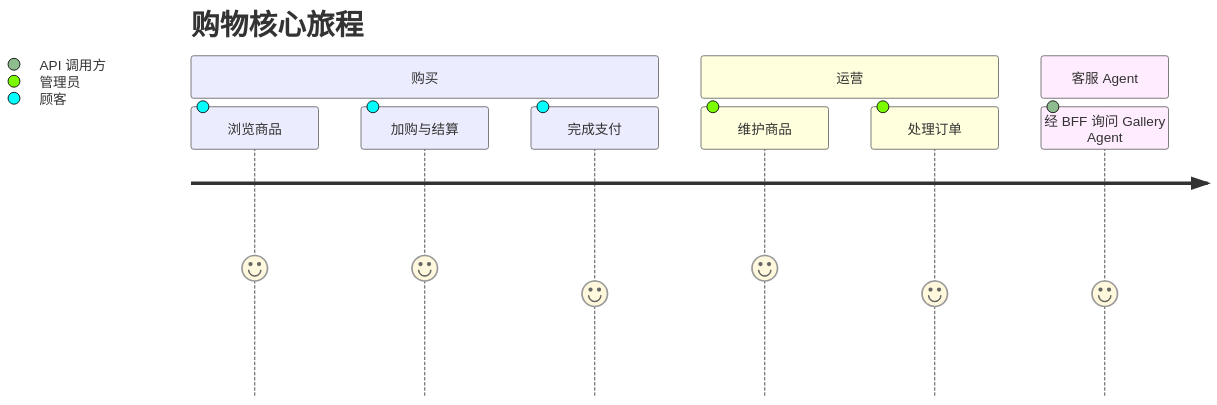
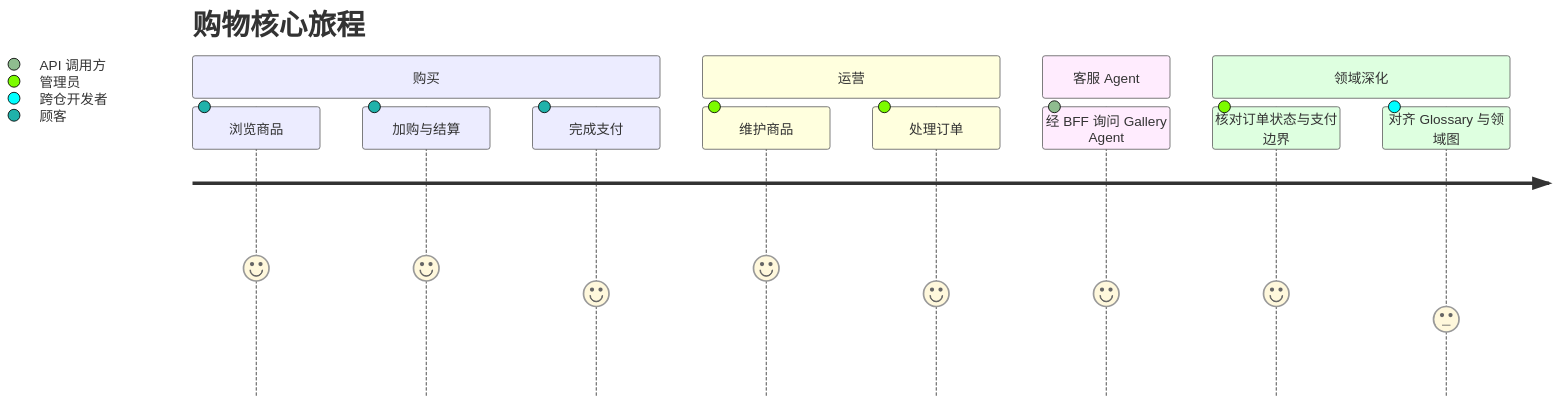
Before and after one commit to felixzhu97/explore-commerce: the diagram in docs/product-owner/User-Story-Map.md, drawn with Mermaid. The commit also changed other lines of this file and 2 other files, not shown here.

````diff
--- a/docs/product-owner/User-Story-Map.md
+++ b/docs/product-owner/User-Story-Map.md
@@ -20,13 +21,16 @@
 ```mermaid
 journey
     title 购物核心旅程
     section 购买
         浏览商品: 5: 顾客
         加购与结算: 5: 顾客
         完成支付: 4: 顾客
     section 运营
         维护商品: 5: 管理员
         处理订单: 4: 管理员
     section 客服 Agent
         经 BFF 询问 Gallery Agent: 4: API 调用方
+    section 领域深化
+        核对订单状态与支付边界: 4: 管理员
+        对齐 Glossary 与领域图: 3: 跨仓开发者
 ```
````
